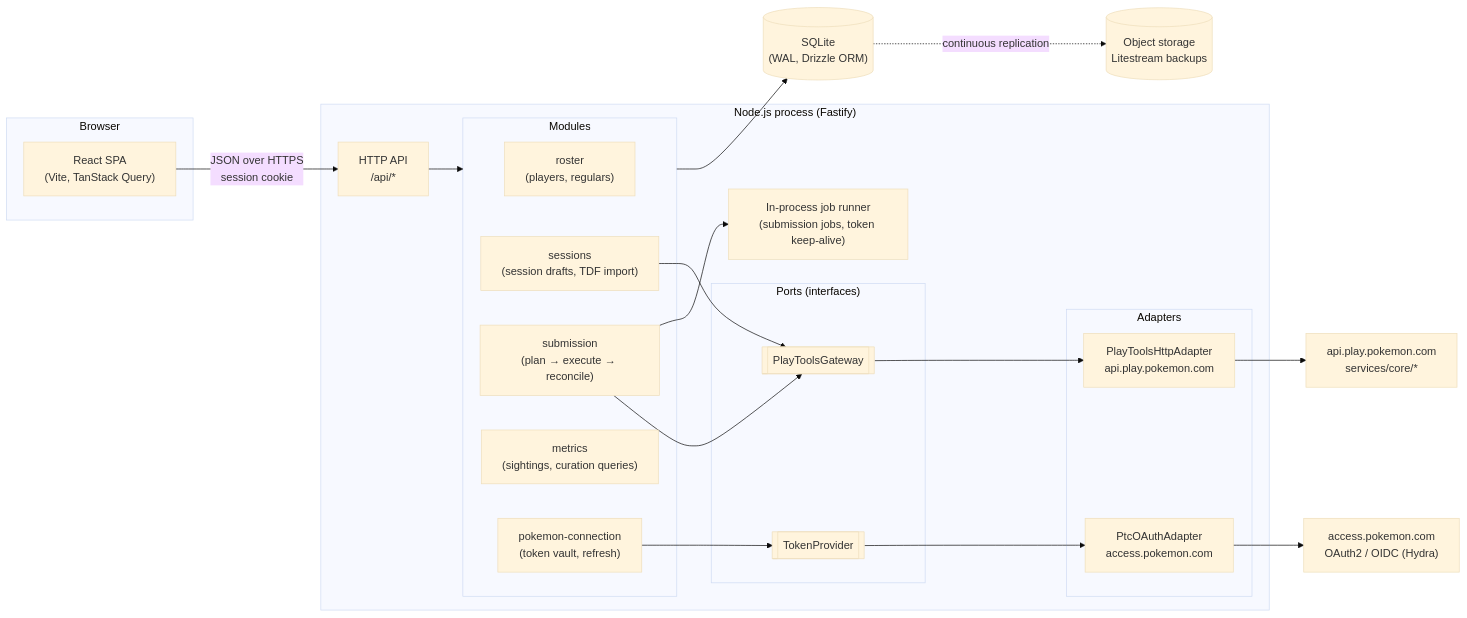
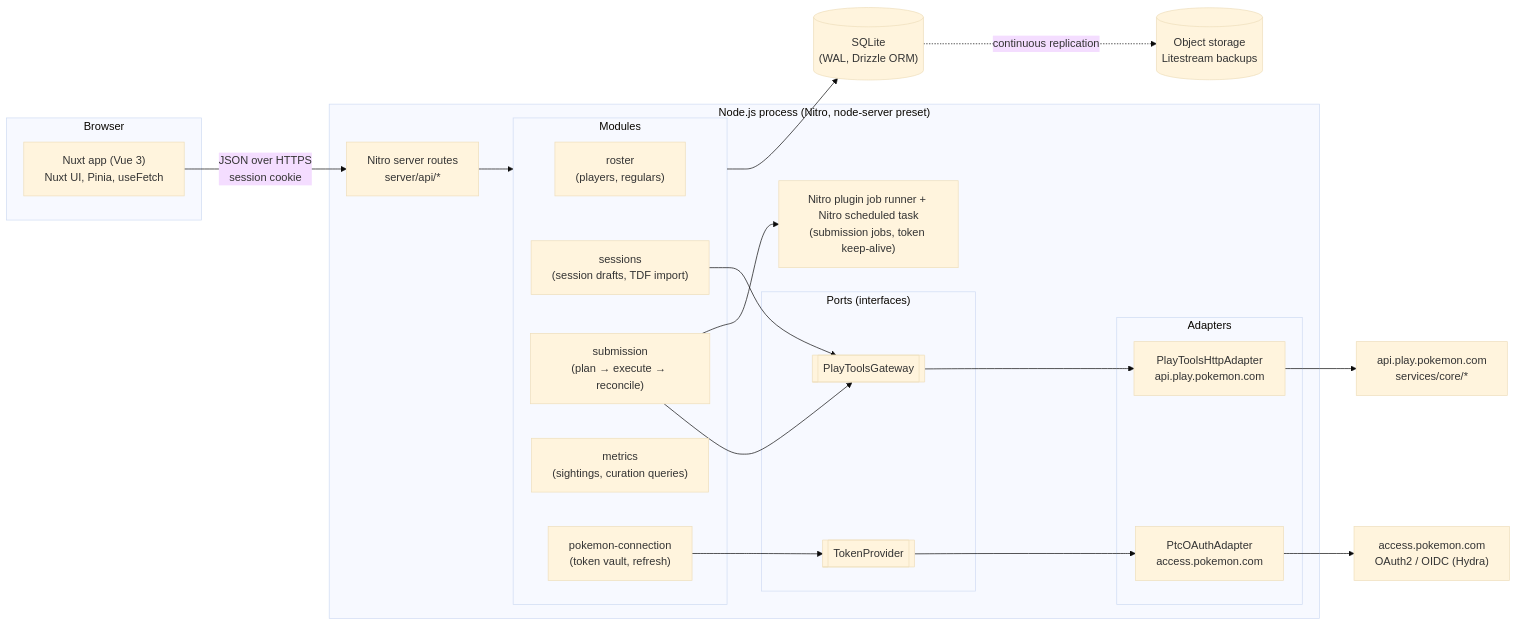
Before and after one commit to Towerism/play-pokemon-attendance-web: the first of 5 diagrams in docs/architecture/README.md, drawn with Mermaid (base theme). The commit also changed other lines of this file and 2 other files, not shown here.

First line of the commit message:
docs: switch architecture to the Nuxt ecosystem

````diff
--- a/docs/architecture/README.md
+++ b/docs/architecture/README.md
@@ -57,40 +59,40 @@
 ```mermaid
 flowchart LR
   subgraph Browser
-    SPA["React SPA<br/>(Vite, TanStack Query)"]
+    SPA["Nuxt app (Vue 3)<br/>Nuxt UI, Pinia, useFetch"]
   end
 
-  subgraph Server["Node.js process (Fastify)"]
-    API["HTTP API<br/>/api/*"]
+  subgraph Server["Node.js process (Nitro, node-server preset)"]
+    API["Nitro server routes<br/>server/api/*"]
     subgraph Modules
       ROSTER["roster<br/>(players, regulars)"]
       SESSION["sessions<br/>(session drafts, TDF import)"]
       SUBMIT["submission<br/>(plan → execute → reconcile)"]
       METRICS["metrics<br/>(sightings, curation queries)"]
       PCONN["pokemon-connection<br/>(token vault, refresh)"]
     end
-    JOBS["In-process job runner<br/>(submission jobs, token keep-alive)"]
+    JOBS["Nitro plugin job runner + Nitro scheduled task<br/>(submission jobs, token keep-alive)"]
     subgraph Ports["Ports (interfaces)"]
       P1[[TokenProvider]]
       P2[[PlayToolsGateway]]
     end
     subgraph Adapters
       A1["PtcOAuthAdapter<br/>access.pokemon.com"]
       A2["PlayToolsHttpAdapter<br/>api.play.pokemon.com"]
     end
   end
 
   DB[("SQLite<br/>(WAL, Drizzle ORM)")]
   BK[("Object storage<br/>Litestream backups")]
   PTC["access.pokemon.com<br/>OAuth2 / OIDC (Hydra)"]
   OP["api.play.pokemon.com<br/>services/core/*"]
 
   SPA -- "JSON over HTTPS<br/>session cookie" --> API
   API --> Modules
   SUBMIT --> JOBS
   PCONN --> P1 --> A1 --> PTC
   SUBMIT --> P2 --> A2 --> OP
   SESSION --> P2
   Modules --> DB
   DB -. continuous replication .-> BK
 ```
````
